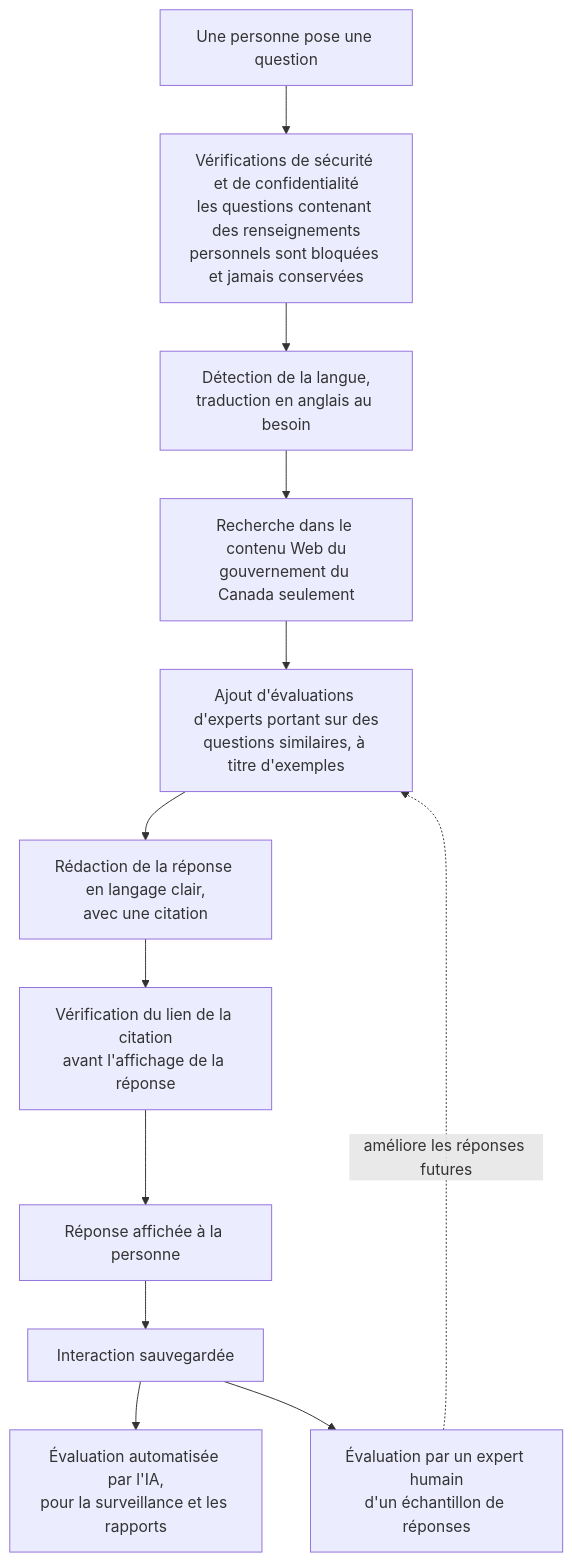
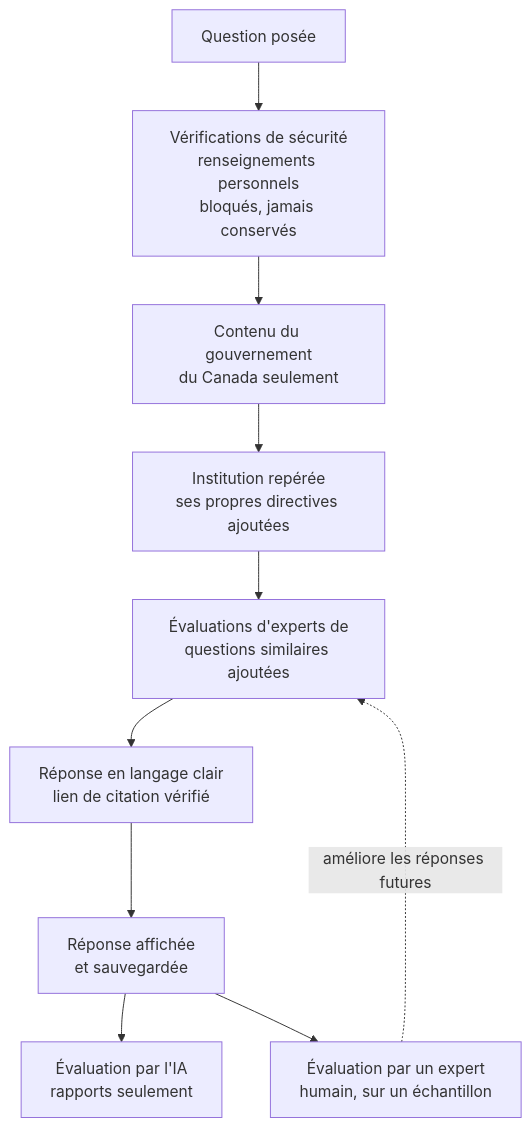
One commit to cds-snc/ai-answers changed the diagram in SYSTEM_CARD_FR.md. Above: the diagram before and after it, drawn with Mermaid. The commit also changed other lines of this file and 3 other files, not shown here.

First line of the commit message:
fix: tighten diagrams

````diff
--- a/SYSTEM_CARD_FR.md
+++ b/SYSTEM_CARD_FR.md
@@ -103,14 +103,12 @@
 ```mermaid
 flowchart TD
-    Q["Une personne pose une question"] --> G["Vérifications de sécurité et de confidentialité<br/>les questions contenant des renseignements<br/>personnels sont bloquées et jamais conservées"]
-    G --> T["Détection de la langue,<br/>traduction en anglais au besoin"]
-    T --> S["Recherche dans le contenu Web du<br/>gouvernement du Canada seulement"]
-    S --> E["Ajout d'évaluations d'experts portant sur des<br/>questions similaires, à titre d'exemples"]
-    E --> A["Rédaction de la réponse en langage clair,<br/>avec une citation"]
-    A --> V["Vérification du lien de la citation<br/>avant l'affichage de la réponse"]
-    V --> ANS["Réponse affichée à la personne"]
-    ANS --> SAVE["Interaction sauvegardée"]
-    SAVE --> AI["Évaluation automatisée par l'IA,<br/>pour la surveillance et les rapports"]
-    SAVE --> HUM["Évaluation par un expert humain<br/>d'un échantillon de réponses"]
+    Q["Question posée"] --> G["Vérifications de sécurité<br/>renseignements personnels<br/>bloqués, jamais conservés"]
+    G --> S["Contenu du gouvernement<br/>du Canada seulement"]
+    S --> D["Institution repérée<br/>ses propres directives ajoutées"]
+    D --> E["Évaluations d'experts de<br/>questions similaires ajoutées"]
+    E --> A["Réponse en langage clair<br/>lien de citation vérifié"]
+    A --> SAVE["Réponse affichée<br/>et sauvegardée"]
+    SAVE --> AI["Évaluation par l'IA<br/>rapports seulement"]
+    SAVE --> HUM["Évaluation par un expert<br/>humain, sur un échantillon"]
     HUM -. "améliore les réponses futures" .-> E
 ```
````
